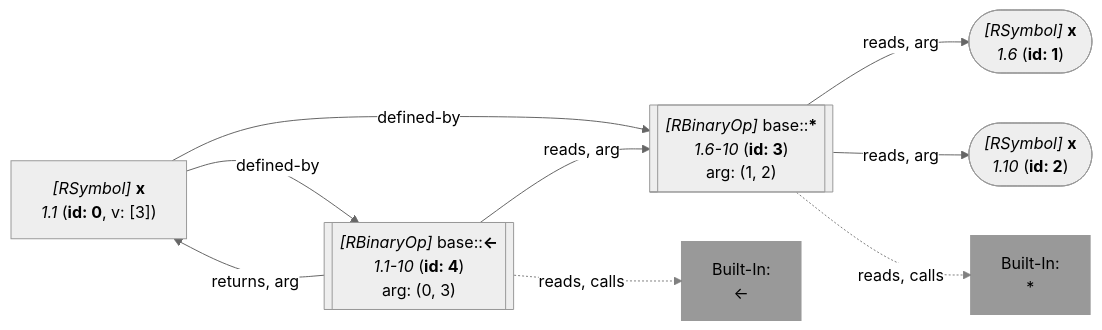
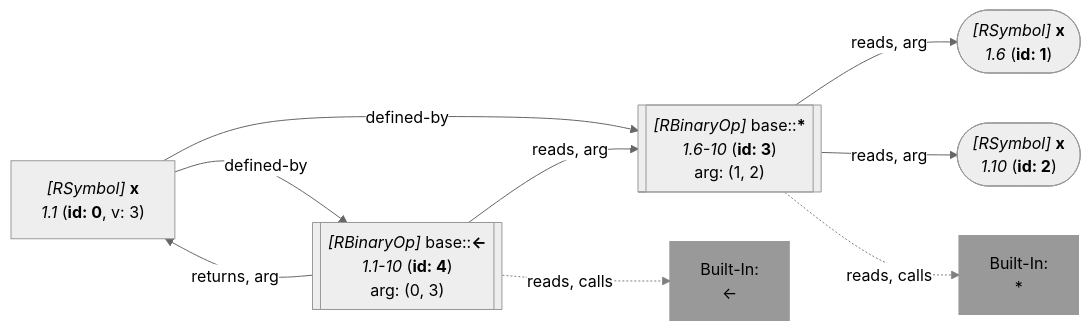
Before and after one commit to flowr-analysis/flowr: the second of 4 diagrams in wiki/Search API.md, drawn with Mermaid (neutral theme). The commit also changed other lines of this file and 134 other files, not shown here.

````diff
--- a/wiki/Search API.md
+++ b/wiki/Search API.md
@@ -72,33 +72,33 @@
 ```mermaid
 flowchart LR
     1(["`*#91;RSymbol#93;* **x**
       *1.6* (**id: 1**)`"])
    %% No edges found for 1
     2(["`*#91;RSymbol#93;* **x**
       *1.10* (**id: 2**)`"])
    %% No edges found for 2
     3[["`*#91;RBinaryOp#93;* base#58;#58;**#42;**
       *1.6-10* (**id: 3**)
     arg: (1, 2)`"]]
     built-in:_["`Built-In:
 #42;`"]
     style built-in:_ stroke:gray,fill:gray,stroke-width:2px,opacity:.8;
     0["`*#91;RSymbol#93;* **x**
-      *1.1* (**id: 0**, v: [3])`"]
+      *1.1* (**id: 0**, v: 3)`"]
     4[["`*#91;RBinaryOp#93;* base#58;#58;**#60;#45;**
       *1.1-10* (**id: 4**)
     arg: (0, 3)`"]]
     built-in:_-["`Built-In:
 #60;#45;`"]
     style built-in:_- stroke:gray,fill:gray,stroke-width:2px,opacity:.8;
     3 -->|"reads, arg"| 1
     3 -->|"reads, arg"| 2
     3 -.->|"reads, calls"| built-in:_
     linkStyle 2 stroke:gray;
     0 -->|"defined-by"| 3
     0 -->|"defined-by"| 4
     4 -->|"reads, arg"| 3
     4 -->|"returns, arg"| 0
     4 -.->|"reads, calls"| built-in:_-
     linkStyle 7 stroke:gray;
 ```
````
